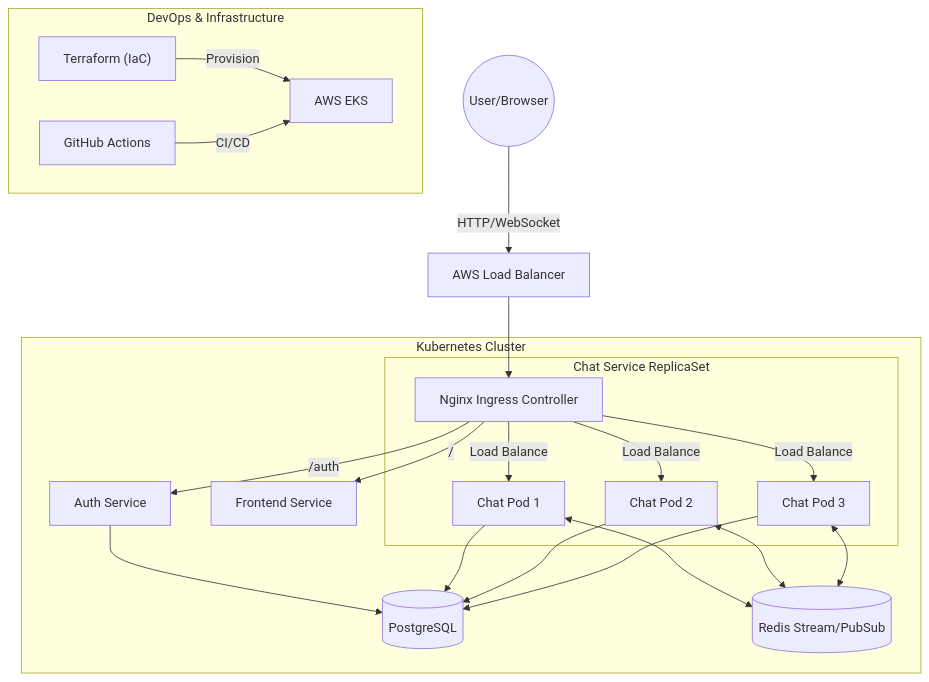
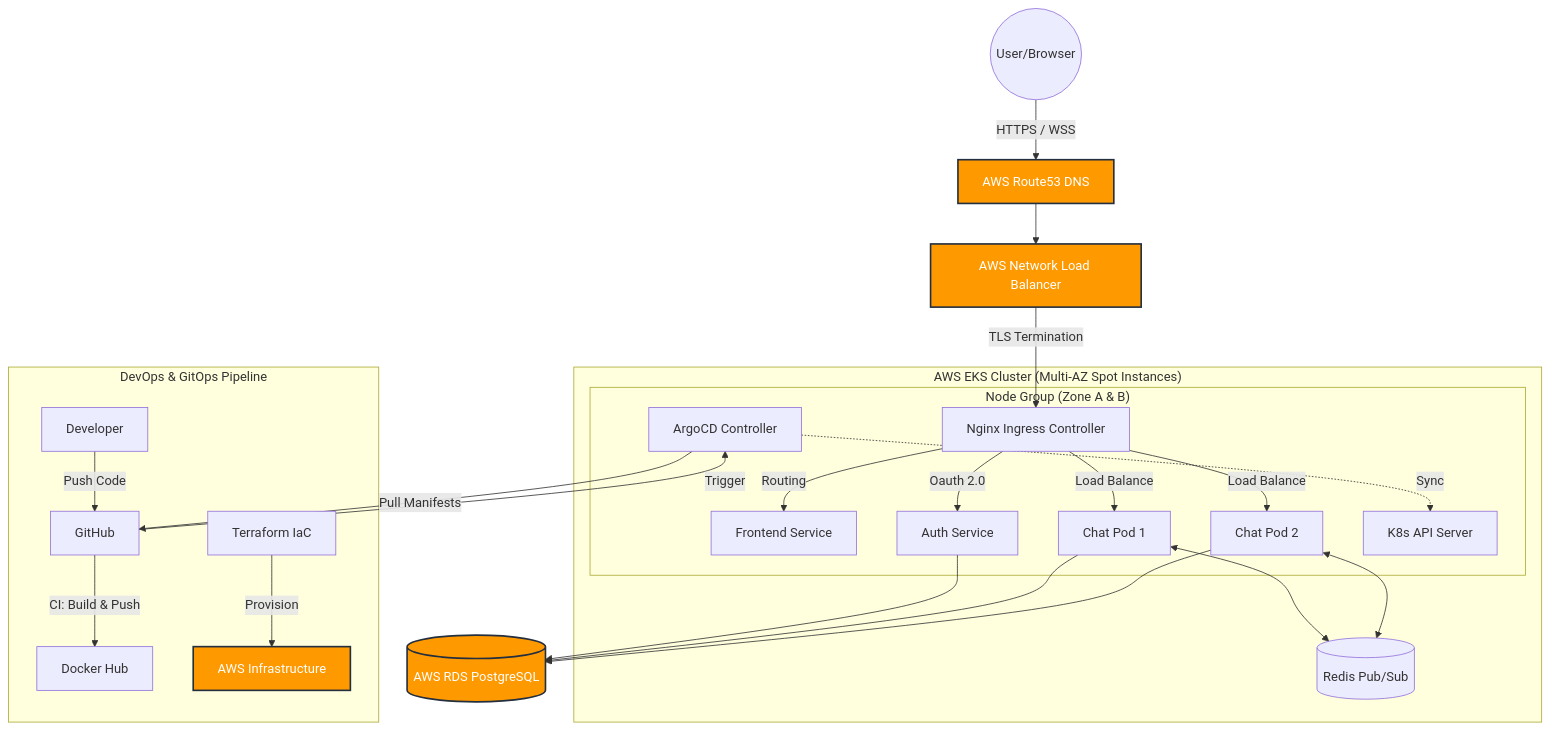
Before and after one commit to neo1202/k8s-ride-sharing: the diagram in README.md, drawn with Mermaid. The commit also changed other lines of this file, not shown here.

Commit message:
doc: update readme (https, ArgoCD, MultiAZ)

````diff
--- a/README.md
+++ b/README.md
@@ -9,30 +11,44 @@
 ```mermaid
 graph TD
-    User((User/Browser)) -->|HTTP/WebSocket| LB["AWS Load Balancer"]
-    LB --> Ingress["Nginx Ingress Controller"]
-    
-    subgraph Kubernetes Cluster
-        Ingress -->|/| Frontend["Frontend Service"]
-        Ingress -->|/auth| Auth["Auth Service"]
-        
-        subgraph "Chat Service ReplicaSet"
-            Ingress -->|Load Balance| Chat1["Chat Pod 1"]
-            Ingress -->|Load Balance| Chat2["Chat Pod 2"]
-            Ingress -->|Load Balance| Chat3["Chat Pod 3"]
+    %% Users and External Access
+    User((User/Browser)) -->|HTTPS / WSS| R53[AWS Route53 DNS]
+    R53 --> NLB[AWS Network Load Balancer]
+    NLB -->|TLS Termination| Ingress[Nginx Ingress Controller]
+
+    %% Kubernetes Cluster Boundary
+    subgraph "AWS EKS Cluster (Multi-AZ Spot Instances)"
+
+        subgraph "Node Group (Zone A & B)"
+            Ingress -->|Routing| Frontend[Frontend Service]
+            Ingress -->|Oauth 2.0| Auth[Auth Service]
+
+            %% Load Balancing for Chat
+            Ingress -->|Load Balance| Chat1[Chat Pod 1]
+            Ingress -->|Load Balance| Chat2[Chat Pod 2]
+
+            %% Internal Tools
+            ArgoCD[ArgoCD Controller] -.->|Sync| K8sAPI[K8s API Server]
         end
-        
-        Auth --> DB[("PostgreSQL")]
-        Chat1 --> DB
-        Chat2 --> DB
-        Chat3 --> DB
-        
-        Chat1 <--> Redis[("Redis Stream/PubSub")]
+
+        %% Internal Cache
+        Chat1 <--> Redis[(Redis Pub/Sub)]
         Chat2 <--> Redis
-        Chat3 <--> Redis
     end
 
-    subgraph "DevOps & Infrastructure"
-        Terraform["Terraform (IaC)"] -->|Provision| EKS["AWS EKS"]
-        GitHub["GitHub Actions"] -->|CI/CD| EKS
+    %% External Managed Services
+    Auth --> RDS[(AWS RDS PostgreSQL)]
+    Chat1 --> RDS
+    Chat2 --> RDS
+
+    %% CI/CD Pipeline
+    subgraph "DevOps & GitOps Pipeline"
+        Dev[Developer] -->|Push Code| GitHub
+        GitHub -->|CI: Build & Push| DockerHub[Docker Hub]
+        GitHub -->|Trigger| ArgoCD
+        ArgoCD -- "Pull Manifests" --> GitHub
+        Terraform[Terraform IaC] -->|Provision| AWS_Infra[AWS Infrastructure]
     end
+
+    classDef aws fill:#FF9900,stroke:#232F3E,stroke-width:2px,color:white;
+    class RDS,NLB,R53,EKS,AWS_Infra aws;
 ```
````
